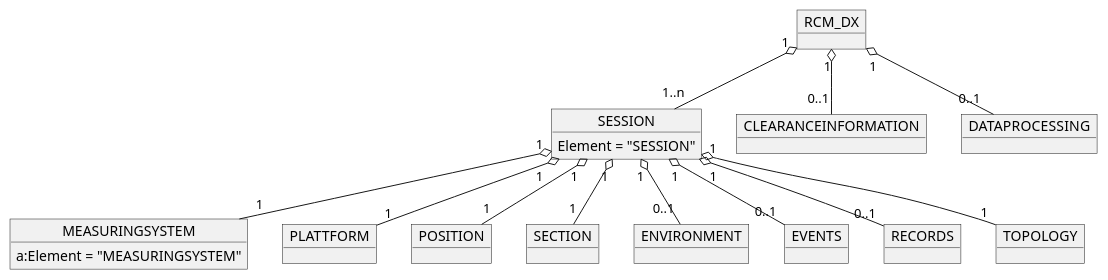
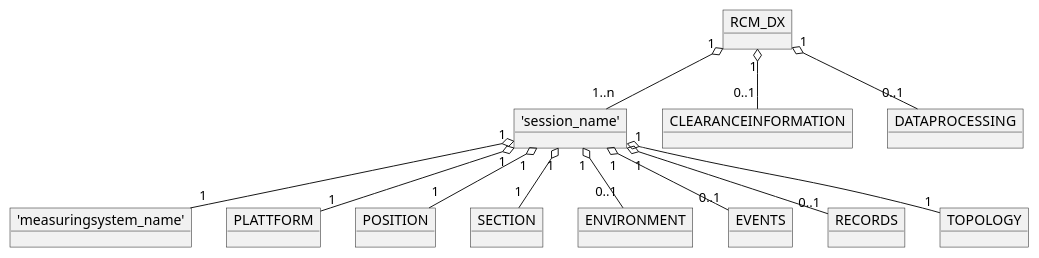
The second of 9 diagrams in images.puml (OpenRailAssociation/rcm-dx), drawn with PlantUML before and after one commit. The commit also changed other lines of this file and 8 other files, not shown here.

```diff
--- a/images.puml
+++ b/images.puml
@@ -47,41 +47,37 @@
 @startuml RCM_DX_Structure
 
   object RCM_DX
 
-  object SESSION {
-    Element = "SESSION"
-  }
+  object "'session_name'" as session_name
 
-  object MEASURINGSYSTEM {
-    a:Element = "MEASURINGSYSTEM"
-  }
+  object "'measuringsystem_name'" as measuringsystem_name
 
   object CLEARANCEINFORMATION
   object DATAPROCESSING
 
   object PLATTFORM
 
   object POSITION
   object SECTION
   
   object ENVIRONMENT
 
   object EVENTS
   object RECORDS
 
   object TOPOLOGY
 
-  RCM_DX "1" o-- "1..n" SESSION
+  RCM_DX "1" o-- "1..n" session_name
   RCM_DX "1" o-- "0..1" CLEARANCEINFORMATION
   RCM_DX "1" o-- "0..1" DATAPROCESSING
   
-  SESSION "1" o-- "1" PLATTFORM
-  SESSION "1" o-- "1" POSITION
-  SESSION "1" o-- "0..1" ENVIRONMENT
-  SESSION "1" o-- "1" MEASURINGSYSTEM
-  SESSION "1" o-- "0..1" EVENTS
-  SESSION "1" o-- "0..1" RECORDS
-  SESSION "1" o-- "1" TOPOLOGY
-  SESSION "1" o-- "1" SECTION
+  session_name "1" o-- "1" PLATTFORM
+  session_name "1" o-- "1" POSITION
+  session_name "1" o-- "0..1" ENVIRONMENT
+  session_name "1" o-- "1" measuringsystem_name
+  session_name "1" o-- "0..1" EVENTS
+  session_name "1" o-- "0..1" RECORDS
+  session_name "1" o-- "1" TOPOLOGY
+  session_name "1" o-- "1" SECTION
   
 @enduml
```
